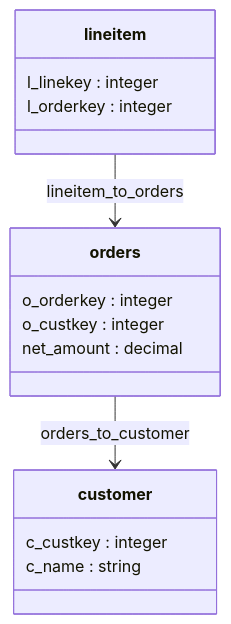
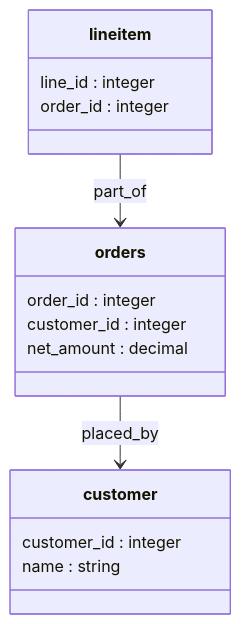
The first of 2 diagrams in toolbox/mdcode/docs/semantic-model/codelab.md (GoogleCloudPlatform/knowledge-catalog), drawn with Mermaid before and after one commit. The commit also changed other lines of this file, not shown here.

First line of the commit message:
docs(codelab): name the logical model by concept, not physical columns

````diff
--- a/toolbox/mdcode/docs/semantic-model/codelab.md
+++ b/toolbox/mdcode/docs/semantic-model/codelab.md
@@ -106,18 +106,18 @@
 ```mermaid
 classDiagram
     class orders {
-        o_orderkey : integer
-        o_custkey : integer
+        order_id : integer
+        customer_id : integer
         net_amount : decimal
     }
     class customer {
-        c_custkey : integer
-        c_name : string
+        customer_id : integer
+        name : string
     }
     class lineitem {
-        l_linekey : integer
-        l_orderkey : integer
+        line_id : integer
+        order_id : integer
     }
-    lineitem --> orders : lineitem_to_orders
-    orders --> customer : orders_to_customer
+    lineitem --> orders : part_of
+    orders --> customer : placed_by
 ```
````
